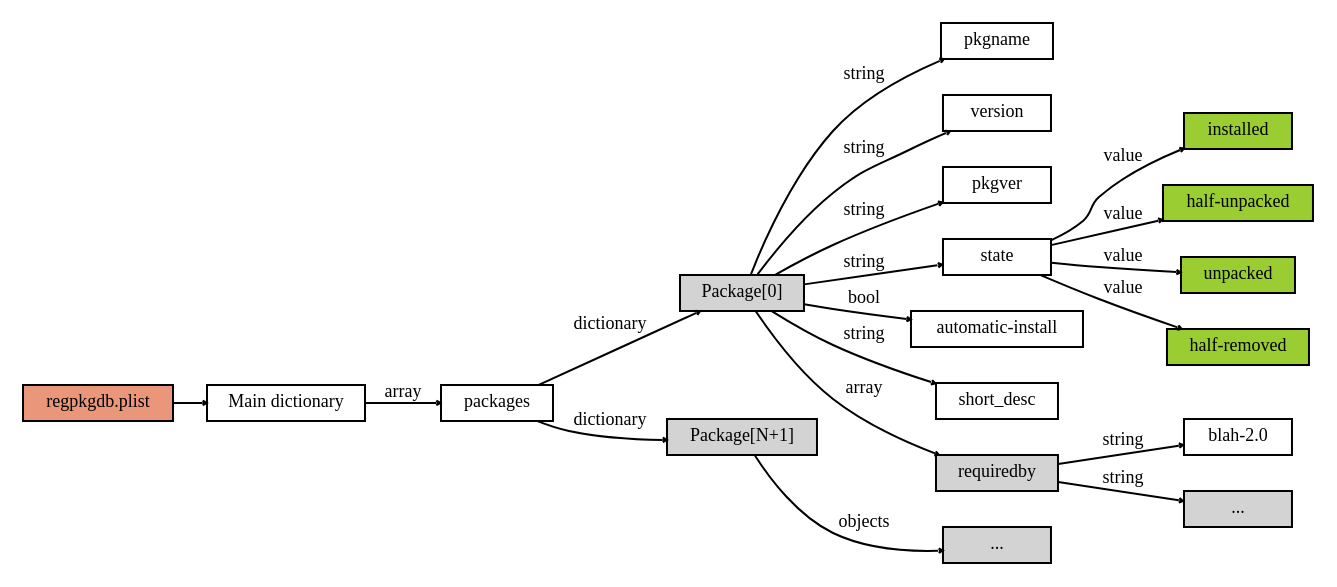
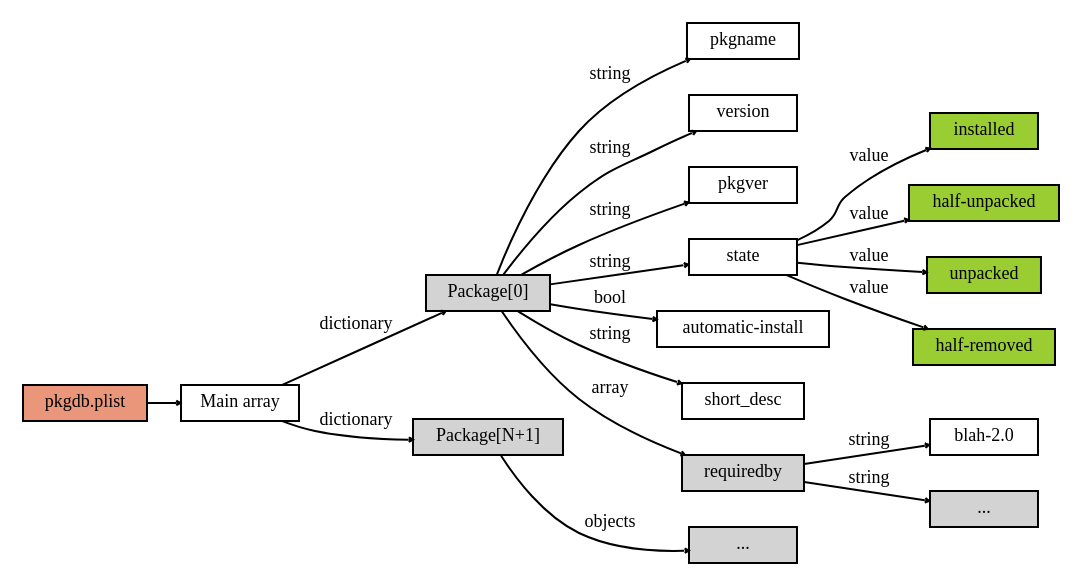
Before and after one commit to void-linux/xbps: the diagram in doc/xbps_regpkgdb_dictionary.dot, drawn with Graphviz. The commit also changed 30 other files, not shown here.

Commit message:
regpkgdb rototill: renamed to pkgdb, improve the public API.

```diff
--- a/doc/xbps_regpkgdb_dictionary.dot
+++ b/doc/xbps_regpkgdb_dictionary.dot
@@ -1,36 +1,35 @@
-digraph regpkgdb_dictionary {
+digraph pkgdb_array {
 	graph [rankdir=LR,rank=same,ranksep=".10"];
 	edge [arrowhead="vee",arrowsize="0.2",fontname="DejaVuSansCondensed",fontsize="9"];
 	node [height=".1",shape=box,fontname="DejaVuSansCondensed",fontsize="9"];
-	regpkgdb_plist -> main;
-	regpkgdb_plist [style=filled,fillcolor="darksalmon",label="regpkgdb.plist"];
-	main [label="Main dictionary"];
-	main -> packages [label="array"];
-	packages -> pkgdict [label="dictionary"];
-	packages -> pkgdict2 [label="dictionary"];
+	pkgdb_plist -> main;
+	pkgdb_plist [style=filled,fillcolor="darksalmon",label="pkgdb.plist"];
+	main [label="Main array"];
+	main -> pkgdict [label="dictionary"];
+	main -> pkgdict2 [label="dictionary"];
 	pkgdict [style=filled,label="Package[0]"];
 	pkgdict2 [style=filled,label="Package[N+1]"];
 	pkgdict2 -> pkgdict2_objs [label="objects"];
 	pkgdict2_objs [style=filled,label="..."];
 	pkgdict -> pkgname [label="string"];
 	pkgdict -> version [label="string"];
 	pkgdict -> pkgver [label="string"];
 	pkgdict -> state [label="string"];
 	state -> state_inst [label="value"];
 	state -> state_hfuned [label="value"];
 	state -> state_unpack [label="value"];
 	state -> state_hfrmed [label="value"];
 	state_inst [style=filled,fillcolor="yellowgreen",label="installed"];
 	state_hfuned [style=filled,fillcolor="yellowgreen",label="half-unpacked"];
 	state_unpack [style=filled,fillcolor="yellowgreen",label="unpacked"];
 	state_hfrmed [style=filled,fillcolor="yellowgreen",label="half-removed"];
 	pkgdict -> automatic [label="bool"];
 	automatic [label="automatic-install"];
 	pkgdict -> short_desc [label="string"]
 	pkgdict -> requiredby [label="array"];
 	requiredby [style=filled];
 	requiredby -> reqby1 [label="string"];
 	requiredby -> reqby2 [style=filled,label="string"];
 	reqby1 [label="blah-2.0"];
 	reqby2 [style=filled,label="..."];
 }
```
